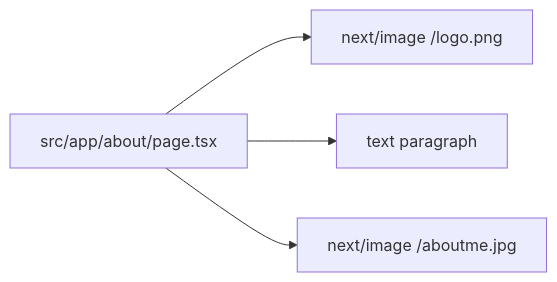
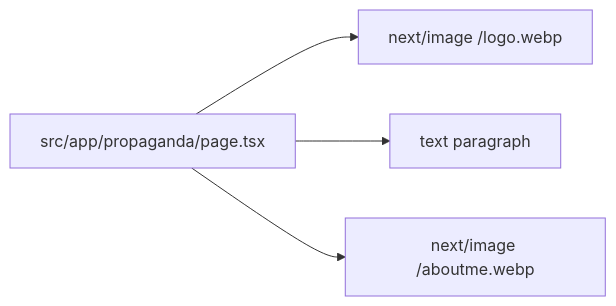
The diagram in lode/ui/about-page.md (vele616/website-petra), drawn with Mermaid before and after one commit. The commit also changed other lines of this file and 7 other files, not shown here.

````diff
--- a/lode/ui/about-page.md
+++ b/lode/ui/about-page.md
@@ -10,6 +10,6 @@
 ```mermaid
 graph LR
-  AboutRoute["src/app/about/page.tsx"] --> BrandLogo["next/image /logo.png"]
+  AboutRoute["src/app/propaganda/page.tsx"] --> BrandLogo["next/image /logo.webp"]
   AboutRoute --> BioCopy["text paragraph"]
-  AboutRoute --> Portrait["next/image /aboutme.jpg"]
+  AboutRoute --> Portrait["next/image /aboutme.webp"]
 ```
````
